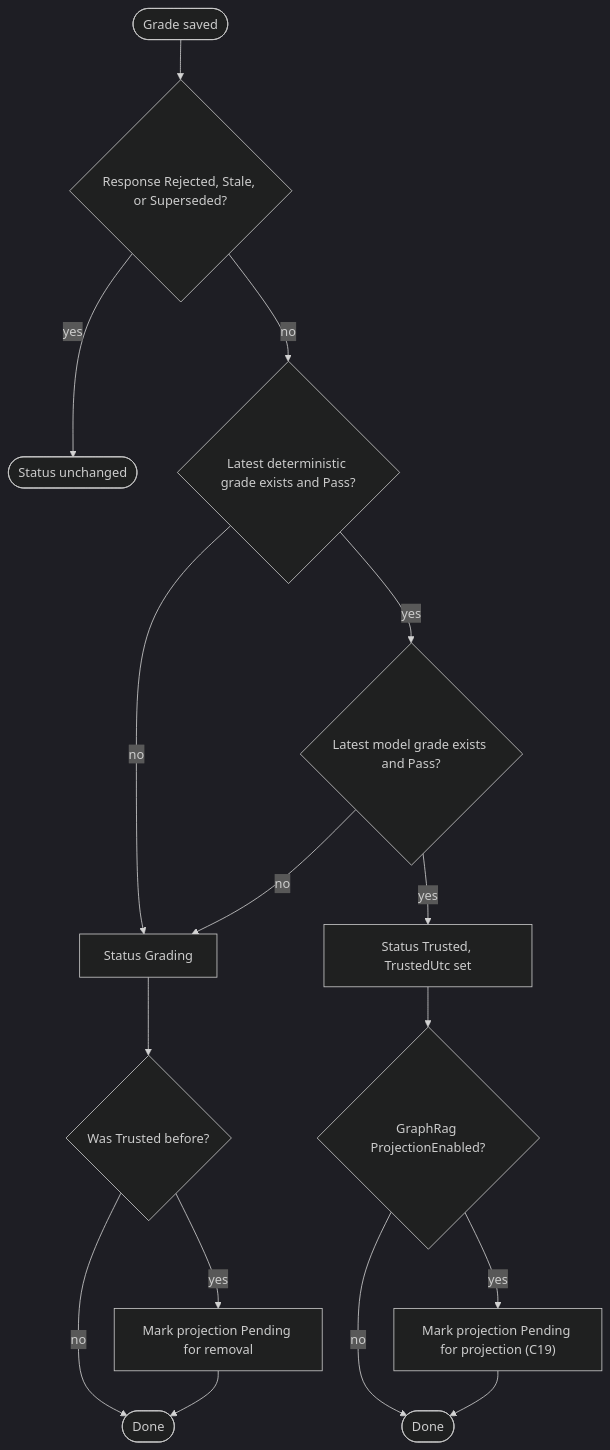
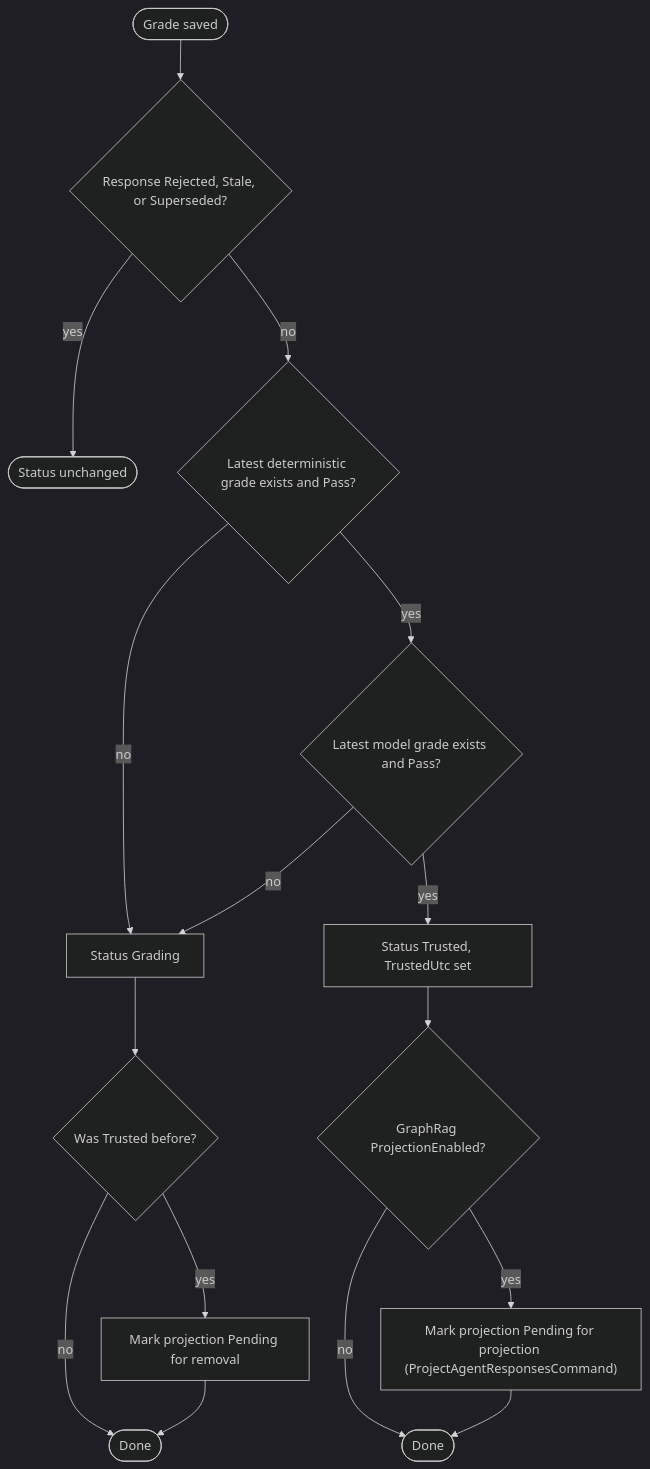
Diagram 13 of 59 in docs/Stateless-Agent-Context-Management.md (sharpninja/McpServer), drawn with Mermaid (dark theme) before and after one commit. The commit also changed other lines of this file, not shown here.

First line of the commit message:
docs: update stateless agent context for the PowerShell-only plugin core

````diff
--- a/docs/Stateless-Agent-Context-Management.md
+++ b/docs/Stateless-Agent-Context-Management.md
@@ -515,18 +563,18 @@
 ```mermaid
 flowchart TD
     S(["Grade saved"]) --> ST{"Response Rejected, Stale, or Superseded?"}
     ST -->|yes| KEEP(["Status unchanged"])
     ST -->|no| D{"Latest deterministic grade exists and Pass?"}
     D -->|no| G["Status Grading"]
     D -->|yes| M{"Latest model grade exists and Pass?"}
     M -->|no| G
     M -->|yes| T["Status Trusted, TrustedUtc set"]
     G --> WAS{"Was Trusted before?"}
     WAS -->|yes| PR["Mark projection Pending for removal"]
     WAS -->|no| E1(["Done"])
     PR --> E1
     T --> PJ{"GraphRag ProjectionEnabled?"}
-    PJ -->|yes| PP["Mark projection Pending for projection (C19)"]
+    PJ -->|yes| PP["Mark projection Pending for projection (ProjectAgentResponsesCommand)"]
     PJ -->|no| E2(["Done"])
     PP --> E2
 ```
````
